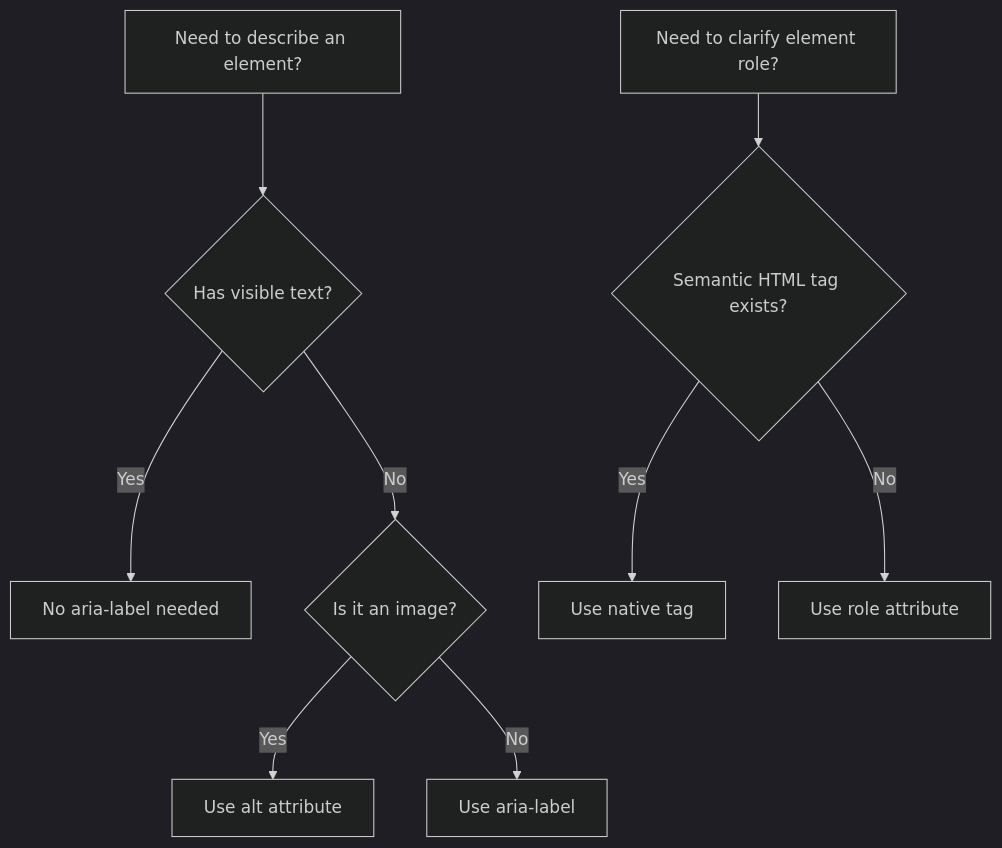
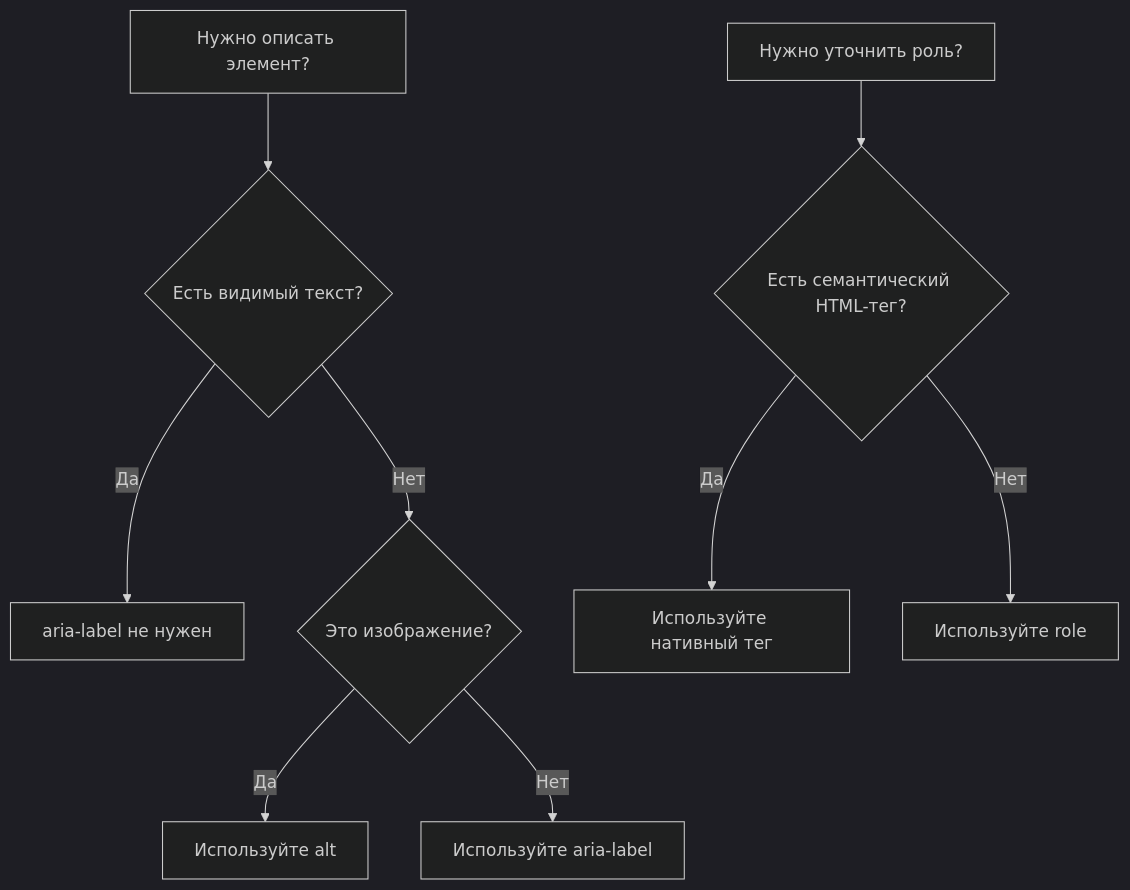
One commit to JLearn-space/HTML changed the second of 2 diagrams in Lesson-8/ru/Доступность (a11y).md. Above: the diagram before and after it, drawn with Mermaid (dark theme). The commit also changed other lines of this file and 12 other files, not shown here.

Commit message:
Fix typos, broken markdown, Mermaid diagrams, localize RU/UZ labels, rename mixed-script filename

````diff
--- a/Lesson-8/ru/Доступность (a11y).md
+++ b/Lesson-8/ru/Доступность (a11y).md
@@ -139,11 +139,11 @@
 ```mermaid
 flowchart TD
-    A["Need to describe an element?"] --> B{"Has visible text?"}
-    B -->|Yes| C["No aria-label needed"]
-    B -->|No| D{"Is it an image?"}
-    D -->|Yes| E["Use alt attribute"]
-    D -->|No| F["Use aria-label"]
-    G["Need to clarify element role?"] --> H{"Semantic HTML tag exists?"}
-    H -->|Yes| I["Use native tag"]
-    H -->|No| J["Use role attribute"]
+    A["Нужно описать элемент?"] --> B{"Есть видимый текст?"}
+    B -->|Да| C["aria-label не нужен"]
+    B -->|Нет| D{"Это изображение?"}
+    D -->|Да| E["Используйте alt"]
+    D -->|Нет| F["Используйте aria-label"]
+    G["Нужно уточнить роль?"] --> H{"Есть семантический HTML-тег?"}
+    H -->|Да| I["Используйте нативный тег"]
+    H -->|Нет| J["Используйте role"]
 ```
````
